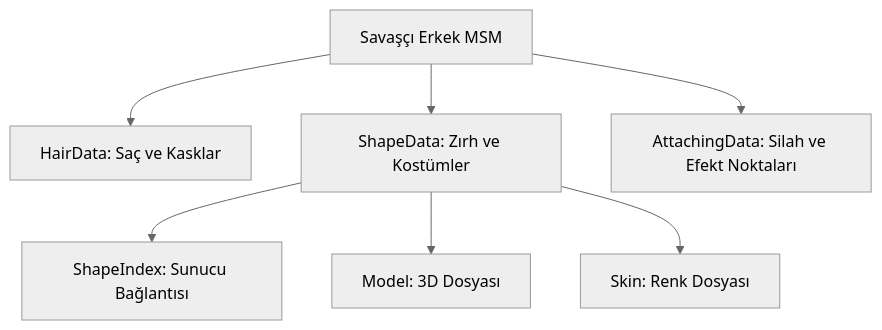
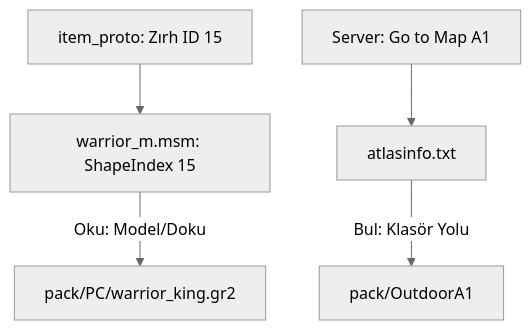
One commit to Engin622/Metin2-Pack-Agent-Skills changed the diagram in root/msm_files/skills.md. Above: the diagram before and after it, drawn with Mermaid (neutral theme). The commit also changed other lines of this file and 11 other files, not shown here.

````diff
--- a/root/msm_files/skills.md
+++ b/root/msm_files/skills.md
@@ -52,9 +36,7 @@
 ```mermaid
 graph TD
-    A[Savaşçı Erkek MSM] --> B[HairData: Saç ve Kasklar]
-    A --> C[ShapeData: Zırh ve Kostümler]
-    A --> D[AttachingData: Silah ve Efekt Noktaları]
-    C --> C1[ShapeIndex: Sunucu Bağlantısı]
-    C --> C2[Model: 3D Dosyası]
-    C --> C3[Skin: Renk Dosyası]
+    A[item_proto: Zırh ID 15] --> B[warrior_m.msm: ShapeIndex 15]
+    B -- Oku: Model/Doku --> C[pack/PC/warrior_king.gr2]
+    D[Server: Go to Map A1] --> E[atlasinfo.txt]
+    E -- Bul: Klasör Yolu --> F[pack/OutdoorA1]
 ```
````
